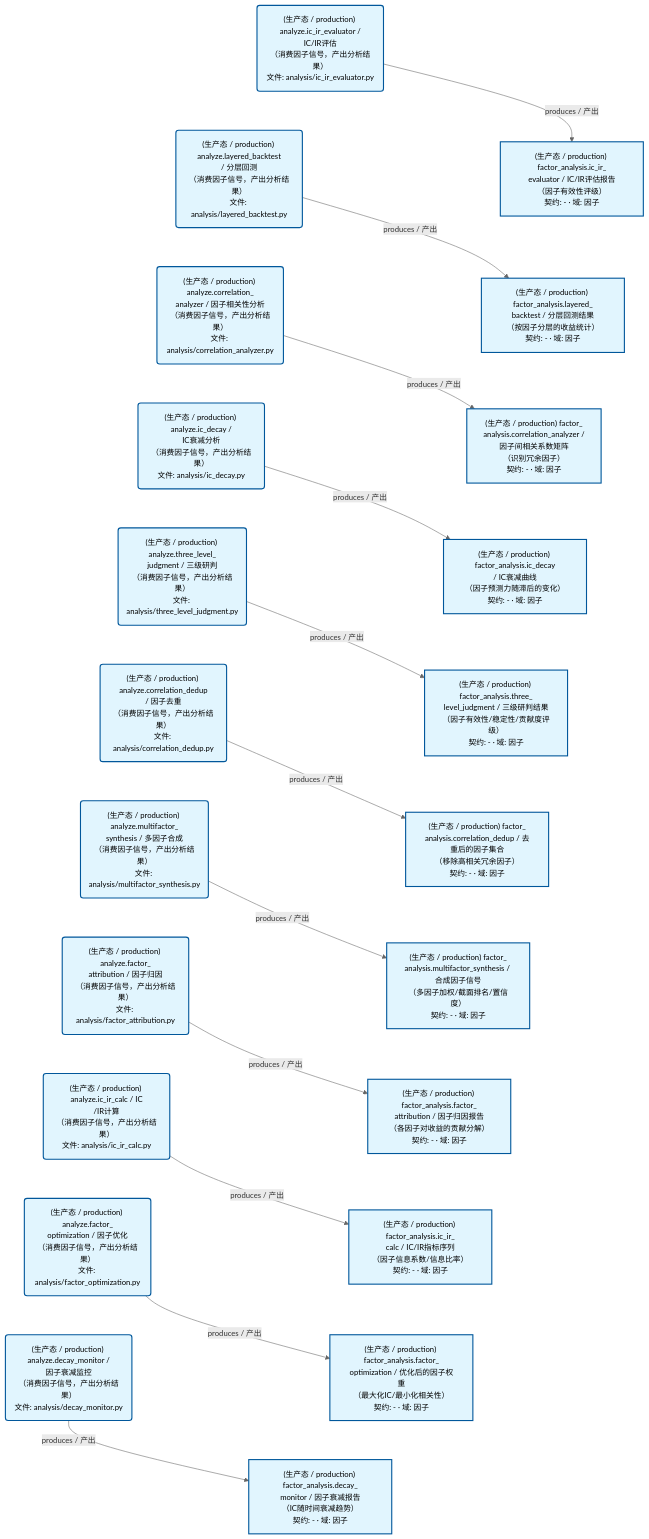
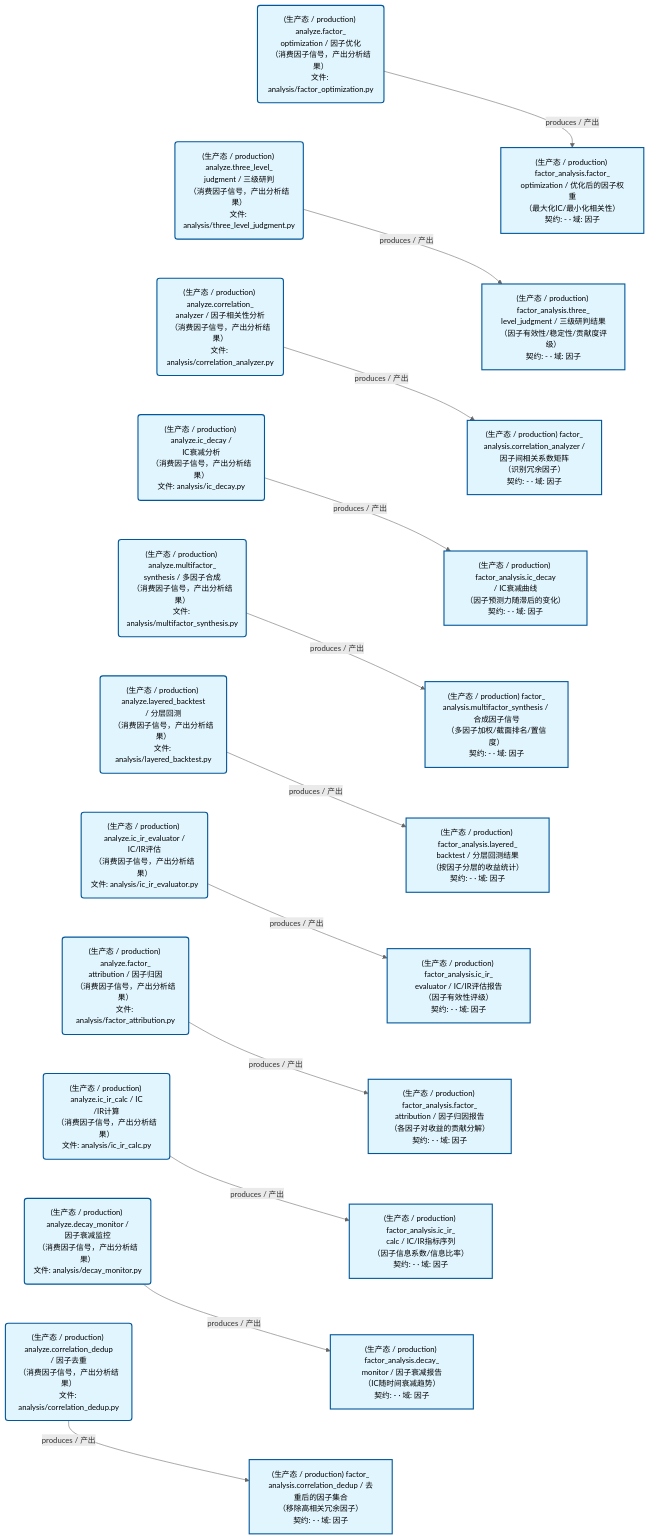
The second of 3 diagrams in docs/02_enterprise_architecture/05_dataflow_architecture/d_factor_analysis.md (xuanFelixVan/ZephyrAlpha), drawn with Mermaid before and after one commit. The commit also changed other lines of this file and 190 other files, not shown here.

````diff
--- a/docs/02_enterprise_architecture/05_dataflow_architecture/d_factor_analysis.md
+++ b/docs/02_enterprise_architecture/05_dataflow_architecture/d_factor_analysis.md
@@ -122,62 +122,62 @@
 ```mermaid
 %%{init: {'theme': 'base', 'themeVariables': {'primaryColor': '#eaeaea', 'primaryTextColor': '#333333', 'primaryBorderColor': '#666666', 'lineColor': '#666666', 'secondaryColor': '#eaeaea', 'tertiaryColor': '#eaeaea', 'clusterBkg': 'transparent', 'clusterBorder': 'transparent', 'fontSize': '14px'}}}%%
 flowchart TD
-    DS26351["(生产态 / production) factor_<br/>analysis.correlation_analyzer /<br/>因子间相关系数矩阵<br/>（识别冗余因子）<br/>契约: - · 域: 因子"]
-    DS26352["(生产态 / production) factor_<br/>analysis.correlation_dedup / 去重后的因子集合<br/>（移除高相关冗余因子）<br/>契约: - · 域: 因子"]
-    DS26353["(生产态 / production) factor_analysis.decay_<br/>monitor / 因子衰减报告<br/>（IC随时间衰减趋势）<br/>契约: - · 域: 因子"]
-    DS26354["(生产态 / production) factor_analysis.factor_<br/>attribution / 因子归因报告<br/>（各因子对收益的贡献分解）<br/>契约: - · 域: 因子"]
-    DS26355["(生产态 / production) factor_analysis.factor_<br/>optimization / 优化后的因子权重<br/>（最大化IC/最小化相关性）<br/>契约: - · 域: 因子"]
-    DS26356["(生产态 / production) factor_analysis.ic_decay<br/>/ IC衰减曲线<br/>（因子预测力随滞后的变化）<br/>契约: - · 域: 因子"]
-    DS26357["(生产态 / production) factor_analysis.ic_ir_<br/>calc / IC/IR指标序列<br/>（因子信息系数/信息比率）<br/>契约: - · 域: 因子"]
-    DS26358["(生产态 / production) factor_analysis.ic_ir_<br/>evaluator / IC/IR评估报告<br/>（因子有效性评级）<br/>契约: - · 域: 因子"]
-    DS26359["(生产态 / production) factor_analysis.layered_<br/>backtest / 分层回测结果<br/>（按因子分层的收益统计）<br/>契约: - · 域: 因子"]
-    DS26360["(生产态 / production) factor_<br/>analysis.multifactor_synthesis / 合成因子信号<br/>（多因子加权/截面排名/置信度）<br/>契约: - · 域: 因子"]
-    DS26361["(生产态 / production) factor_analysis.three_<br/>level_judgment / 三级研判结果<br/>（因子有效性/稳定性/贡献度评级）<br/>契约: - · 域: 因子"]
-    JOB1064902("(生产态 / production) analyze.correlation_<br/>analyzer / 因子相关性分析<br/>（消费因子信号，产出分析结果）<br/>文件: analysis/correlation_analyzer.py")
-    JOB1064903("(生产态 / production) analyze.correlation_dedup<br/>/ 因子去重<br/>（消费因子信号，产出分析结果）<br/>文件: analysis/correlation_dedup.py")
-    JOB1064904("(生产态 / production) analyze.decay_monitor /<br/>因子衰减监控<br/>（消费因子信号，产出分析结果）<br/>文件: analysis/decay_monitor.py")
-    JOB1064905("(生产态 / production) analyze.factor_<br/>attribution / 因子归因<br/>（消费因子信号，产出分析结果）<br/>文件: analysis/factor_attribution.py")
-    JOB1064906("(生产态 / production) analyze.factor_<br/>optimization / 因子优化<br/>（消费因子信号，产出分析结果）<br/>文件: analysis/factor_optimization.py")
-    JOB1064907("(生产态 / production) analyze.ic_decay /<br/>IC衰减分析<br/>（消费因子信号，产出分析结果）<br/>文件: analysis/ic_decay.py")
-    JOB1064908("(生产态 / production) analyze.ic_ir_calc / IC<br/>/IR计算<br/>（消费因子信号，产出分析结果）<br/>文件: analysis/ic_ir_calc.py")
-    JOB1064909("(生产态 / production) analyze.ic_ir_evaluator /<br/>IC/IR评估<br/>（消费因子信号，产出分析结果）<br/>文件: analysis/ic_ir_evaluator.py")
-    JOB1064910("(生产态 / production) analyze.layered_backtest<br/>/ 分层回测<br/>（消费因子信号，产出分析结果）<br/>文件: analysis/layered_backtest.py")
-    JOB1064911("(生产态 / production) analyze.multifactor_<br/>synthesis / 多因子合成<br/>（消费因子信号，产出分析结果）<br/>文件: analysis/multifactor_synthesis.py")
-    JOB1064912("(生产态 / production) analyze.three_level_<br/>judgment / 三级研判<br/>（消费因子信号，产出分析结果）<br/>文件: analysis/three_level_judgment.py")
-    JOB1064902 -->|produces / 产出| DS26351
-    JOB1064903 -->|produces / 产出| DS26352
-    JOB1064904 -->|produces / 产出| DS26353
-    JOB1064905 -->|produces / 产出| DS26354
-    JOB1064906 -->|produces / 产出| DS26355
-    JOB1064907 -->|produces / 产出| DS26356
-    JOB1064908 -->|produces / 产出| DS26357
-    JOB1064909 -->|produces / 产出| DS26358
-    JOB1064910 -->|produces / 产出| DS26359
-    JOB1064911 -->|produces / 产出| DS26360
-    JOB1064912 -->|produces / 产出| DS26361
-    JOB1064909 ~~~ JOB1064910
-    JOB1064910 ~~~ JOB1064902
-    JOB1064902 ~~~ JOB1064907
-    JOB1064907 ~~~ JOB1064912
-    JOB1064912 ~~~ JOB1064903
-    JOB1064903 ~~~ JOB1064911
-    JOB1064911 ~~~ JOB1064905
-    JOB1064905 ~~~ JOB1064908
-    JOB1064908 ~~~ JOB1064906
-    JOB1064906 ~~~ JOB1064904
-    DS26358 ~~~ DS26359
-    DS26359 ~~~ DS26351
-    DS26351 ~~~ DS26356
-    DS26356 ~~~ DS26361
-    DS26361 ~~~ DS26352
-    DS26352 ~~~ DS26360
-    DS26360 ~~~ DS26354
-    DS26354 ~~~ DS26357
-    DS26357 ~~~ DS26355
-    DS26355 ~~~ DS26353
+    DS26883["(生产态 / production) factor_<br/>analysis.correlation_analyzer /<br/>因子间相关系数矩阵<br/>（识别冗余因子）<br/>契约: - · 域: 因子"]
+    DS26884["(生产态 / production) factor_<br/>analysis.correlation_dedup / 去重后的因子集合<br/>（移除高相关冗余因子）<br/>契约: - · 域: 因子"]
+    DS26885["(生产态 / production) factor_analysis.decay_<br/>monitor / 因子衰减报告<br/>（IC随时间衰减趋势）<br/>契约: - · 域: 因子"]
+    DS26886["(生产态 / production) factor_analysis.factor_<br/>attribution / 因子归因报告<br/>（各因子对收益的贡献分解）<br/>契约: - · 域: 因子"]
+    DS26887["(生产态 / production) factor_analysis.factor_<br/>optimization / 优化后的因子权重<br/>（最大化IC/最小化相关性）<br/>契约: - · 域: 因子"]
+    DS26888["(生产态 / production) factor_analysis.ic_decay<br/>/ IC衰减曲线<br/>（因子预测力随滞后的变化）<br/>契约: - · 域: 因子"]
+    DS26889["(生产态 / production) factor_analysis.ic_ir_<br/>calc / IC/IR指标序列<br/>（因子信息系数/信息比率）<br/>契约: - · 域: 因子"]
+    DS26890["(生产态 / production) factor_analysis.ic_ir_<br/>evaluator / IC/IR评估报告<br/>（因子有效性评级）<br/>契约: - · 域: 因子"]
+    DS26891["(生产态 / production) factor_analysis.layered_<br/>backtest / 分层回测结果<br/>（按因子分层的收益统计）<br/>契约: - · 域: 因子"]
+    DS26892["(生产态 / production) factor_<br/>analysis.multifactor_synthesis / 合成因子信号<br/>（多因子加权/截面排名/置信度）<br/>契约: - · 域: 因子"]
+    DS26893["(生产态 / production) factor_analysis.three_<br/>level_judgment / 三级研判结果<br/>（因子有效性/稳定性/贡献度评级）<br/>契约: - · 域: 因子"]
+    JOB1071748("(生产态 / production) analyze.correlation_<br/>analyzer / 因子相关性分析<br/>（消费因子信号，产出分析结果）<br/>文件: analysis/correlation_analyzer.py")
+    JOB1071749("(生产态 / production) analyze.correlation_dedup<br/>/ 因子去重<br/>（消费因子信号，产出分析结果）<br/>文件: analysis/correlation_dedup.py")
+    JOB1071750("(生产态 / production) analyze.decay_monitor /<br/>因子衰减监控<br/>（消费因子信号，产出分析结果）<br/>文件: analysis/decay_monitor.py")
+    JOB1071751("(生产态 / production) analyze.factor_<br/>attribution / 因子归因<br/>（消费因子信号，产出分析结果）<br/>文件: analysis/factor_attribution.py")
+    JOB1071752("(生产态 / production) analyze.factor_<br/>optimization / 因子优化<br/>（消费因子信号，产出分析结果）<br/>文件: analysis/factor_optimization.py")
+    JOB1071753("(生产态 / production) analyze.ic_decay /<br/>IC衰减分析<br/>（消费因子信号，产出分析结果）<br/>文件: analysis/ic_decay.py")
+    JOB1071754("(生产态 / production) analyze.ic_ir_calc / IC<br/>/IR计算<br/>（消费因子信号，产出分析结果）<br/>文件: analysis/ic_ir_calc.py")
+    JOB1071755("(生产态 / production) analyze.ic_ir_evaluator /<br/>IC/IR评估<br/>（消费因子信号，产出分析结果）<br/>文件: analysis/ic_ir_evaluator.py")
+    JOB1071756("(生产态 / production) analyze.layered_backtest<br/>/ 分层回测<br/>（消费因子信号，产出分析结果）<br/>文件: analysis/layered_backtest.py")
+    JOB1071757("(生产态 / production) analyze.multifactor_<br/>synthesis / 多因子合成<br/>（消费因子信号，产出分析结果）<br/>文件: analysis/multifactor_synthesis.py")
+    JOB1071758("(生产态 / production) analyze.three_level_<br/>judgment / 三级研判<br/>（消费因子信号，产出分析结果）<br/>文件: analysis/three_level_judgment.py")
+    JOB1071748 -->|produces / 产出| DS26883
+    JOB1071749 -->|produces / 产出| DS26884
+    JOB1071750 -->|produces / 产出| DS26885
+    JOB1071751 -->|produces / 产出| DS26886
+    JOB1071752 -->|produces / 产出| DS26887
+    JOB1071753 -->|produces / 产出| DS26888
+    JOB1071754 -->|produces / 产出| DS26889
+    JOB1071755 -->|produces / 产出| DS26890
+    JOB1071756 -->|produces / 产出| DS26891
+    JOB1071757 -->|produces / 产出| DS26892
+    JOB1071758 -->|produces / 产出| DS26893
+    JOB1071752 ~~~ JOB1071758
+    JOB1071758 ~~~ JOB1071748
+    JOB1071748 ~~~ JOB1071753
+    JOB1071753 ~~~ JOB1071757
+    JOB1071757 ~~~ JOB1071756
+    JOB1071756 ~~~ JOB1071755
+    JOB1071755 ~~~ JOB1071751
+    JOB1071751 ~~~ JOB1071754
+    JOB1071754 ~~~ JOB1071750
+    JOB1071750 ~~~ JOB1071749
+    DS26887 ~~~ DS26893
+    DS26893 ~~~ DS26883
+    DS26883 ~~~ DS26888
+    DS26888 ~~~ DS26892
+    DS26892 ~~~ DS26891
+    DS26891 ~~~ DS26890
+    DS26890 ~~~ DS26886
+    DS26886 ~~~ DS26889
+    DS26889 ~~~ DS26885
+    DS26885 ~~~ DS26884
     classDef production fill:#e1f5fe,stroke:#01579b,stroke-width:2px,color:#000
     classDef design fill:#fff3e0,stroke:#e65100,stroke-width:2px,color:#000,stroke-dasharray: 5 5
     classDef external_prod fill:#e8f4fd,stroke:#0277bd,stroke-width:1px,color:#000
     classDef external_design fill:#fff8e7,stroke:#ef6c00,stroke-width:1px,color:#000,stroke-dasharray: 5 5
-    class DS26351,DS26352,DS26353,DS26354,DS26355,DS26356,DS26357,DS26358,DS26359,DS26360,DS26361,JOB1064902,JOB1064903,JOB1064904,JOB1064905,JOB1064906,JOB1064907,JOB1064908,JOB1064909,JOB1064910,JOB1064911,JOB1064912 production
+    class DS26883,DS26884,DS26885,DS26886,DS26887,DS26888,DS26889,DS26890,DS26891,DS26892,DS26893,JOB1071748,JOB1071749,JOB1071750,JOB1071751,JOB1071752,JOB1071753,JOB1071754,JOB1071755,JOB1071756,JOB1071757,JOB1071758 production
 ```
````
